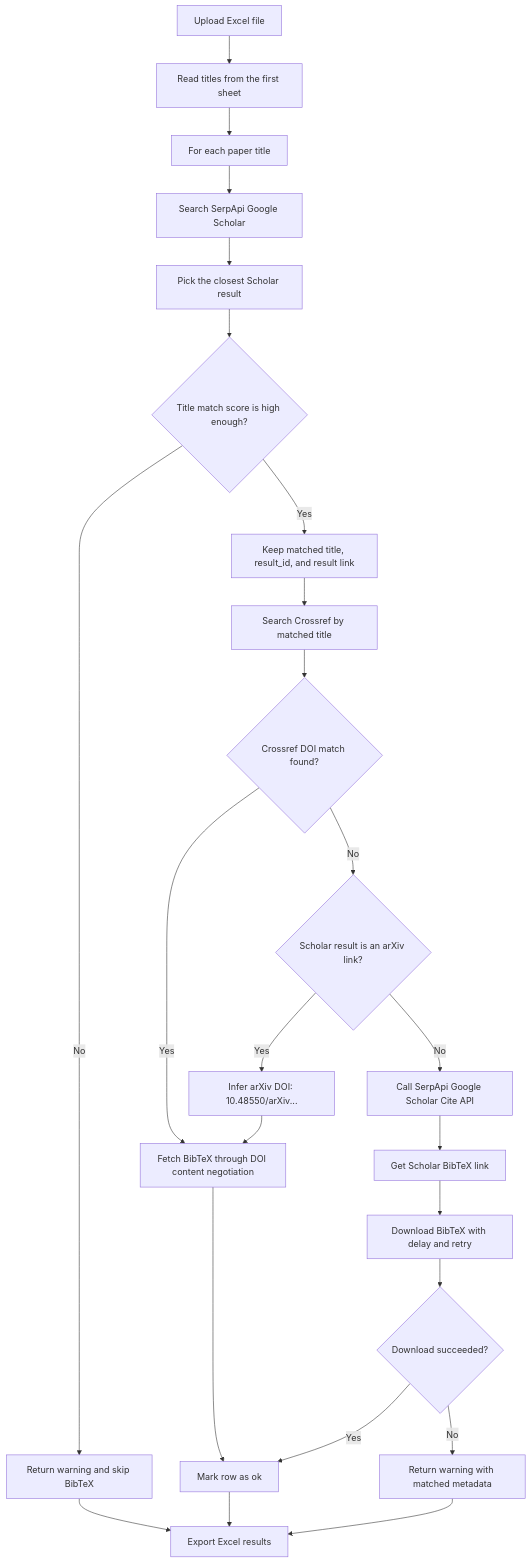
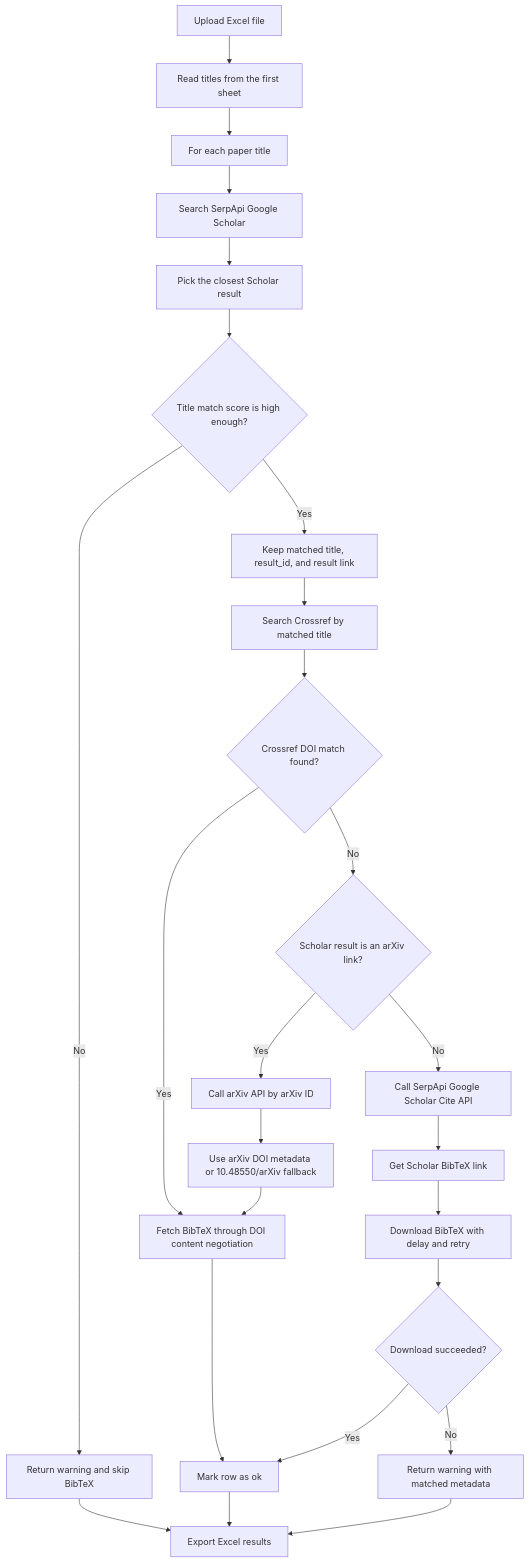
The diagram in README.md (luythoangduy/BibtexScraping), drawn with Mermaid before and after one commit. The commit also changed other lines of this file and 1 other file, not shown here.

Commit message:
use arXiv API for arXiv BibTeX fallback

````diff
--- a/README.md
+++ b/README.md
@@ -140,26 +140,27 @@
 ```mermaid
 flowchart TD
   A[Upload Excel file] --> B[Read titles from the first sheet]
   B --> C[For each paper title]
   C --> D[Search SerpApi Google Scholar]
   D --> E[Pick the closest Scholar result]
   E --> F{Title match score is high enough?}
   F -- No --> G[Return warning and skip BibTeX]
   F -- Yes --> H[Keep matched title, result_id, and result link]
   H --> I[Search Crossref by matched title]
   I --> J{Crossref DOI match found?}
   J -- Yes --> K[Fetch BibTeX through DOI content negotiation]
   J -- No --> L{Scholar result is an arXiv link?}
-  L -- Yes --> M[Infer arXiv DOI: 10.48550/arXiv...]
-  M --> K
+  L -- Yes --> M[Call arXiv API by arXiv ID]
+  M --> U[Use arXiv DOI metadata or 10.48550/arXiv fallback]
+  U --> K
   L -- No --> N[Call SerpApi Google Scholar Cite API]
   N --> O[Get Scholar BibTeX link]
   O --> P[Download BibTeX with delay and retry]
   K --> Q[Mark row as ok]
   P --> R{Download succeeded?}
   R -- Yes --> Q
   R -- No --> S[Return warning with matched metadata]
   Q --> T[Export Excel results]
   G --> T
   S --> T
 ```
````
